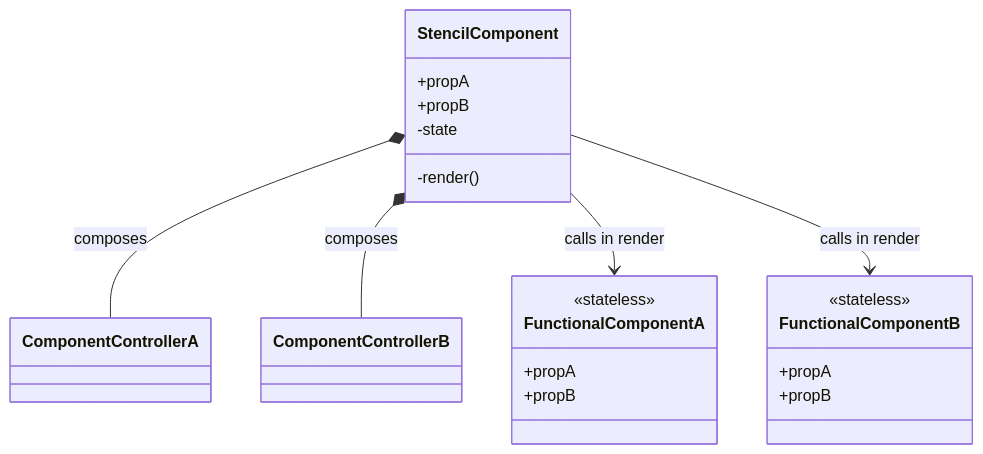
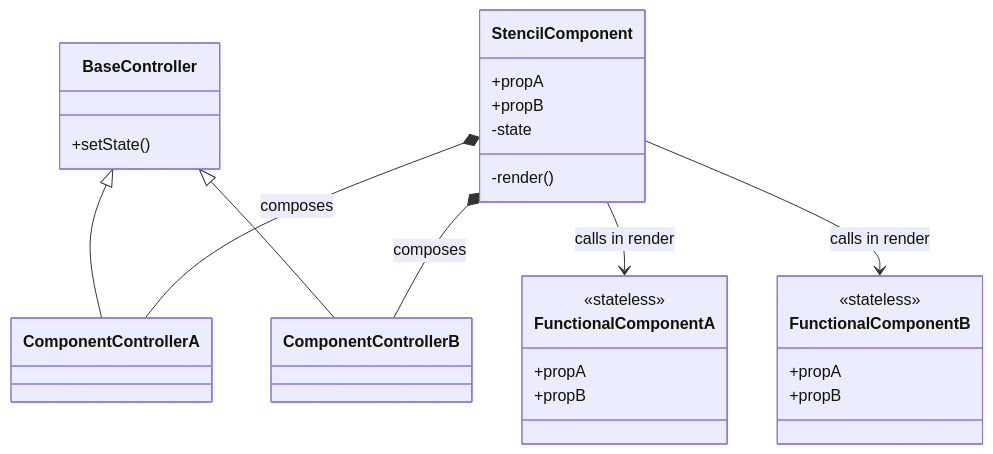
The diagram in packages/components/AGENTS.md (public-ui/kolibri), drawn with Mermaid before and after one commit. The commit also changed other lines of this file, not shown here.

Commit message:
docs(components): explain base controller

````diff
--- a/packages/components/AGENTS.md
+++ b/packages/components/AGENTS.md
@@ -114,27 +134,32 @@
 ```mermaid
 classDiagram
     class StencilComponent {
         +propA
         +propB
         -state
         -render()
     }
+    class BaseController {
+        +setState()
+    }
     class ComponentControllerA {
     }
     class ComponentControllerB {
     }
+    BaseController <|-- ComponentControllerA
+    BaseController <|-- ComponentControllerB
     class FunctionalComponentA {
         +propA
         +propB
         <<stateless>>
     }
     class FunctionalComponentB {
         +propA
         +propB
         <<stateless>>
     }
     StencilComponent *-- ComponentControllerA : composes
     StencilComponent *-- ComponentControllerB : composes
     StencilComponent --> FunctionalComponentA : calls in render
     StencilComponent --> FunctionalComponentB : calls in render
 ```
````
